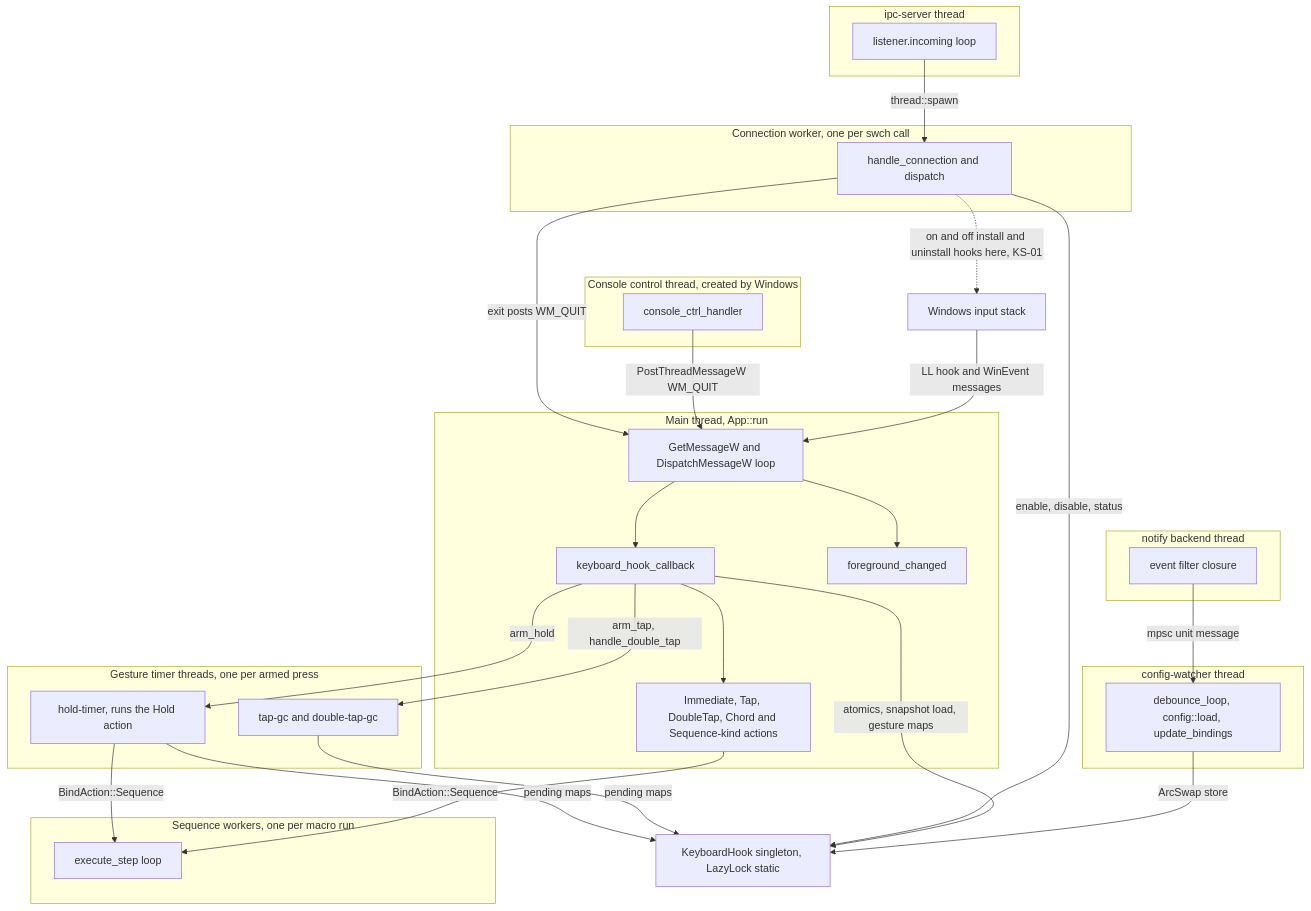
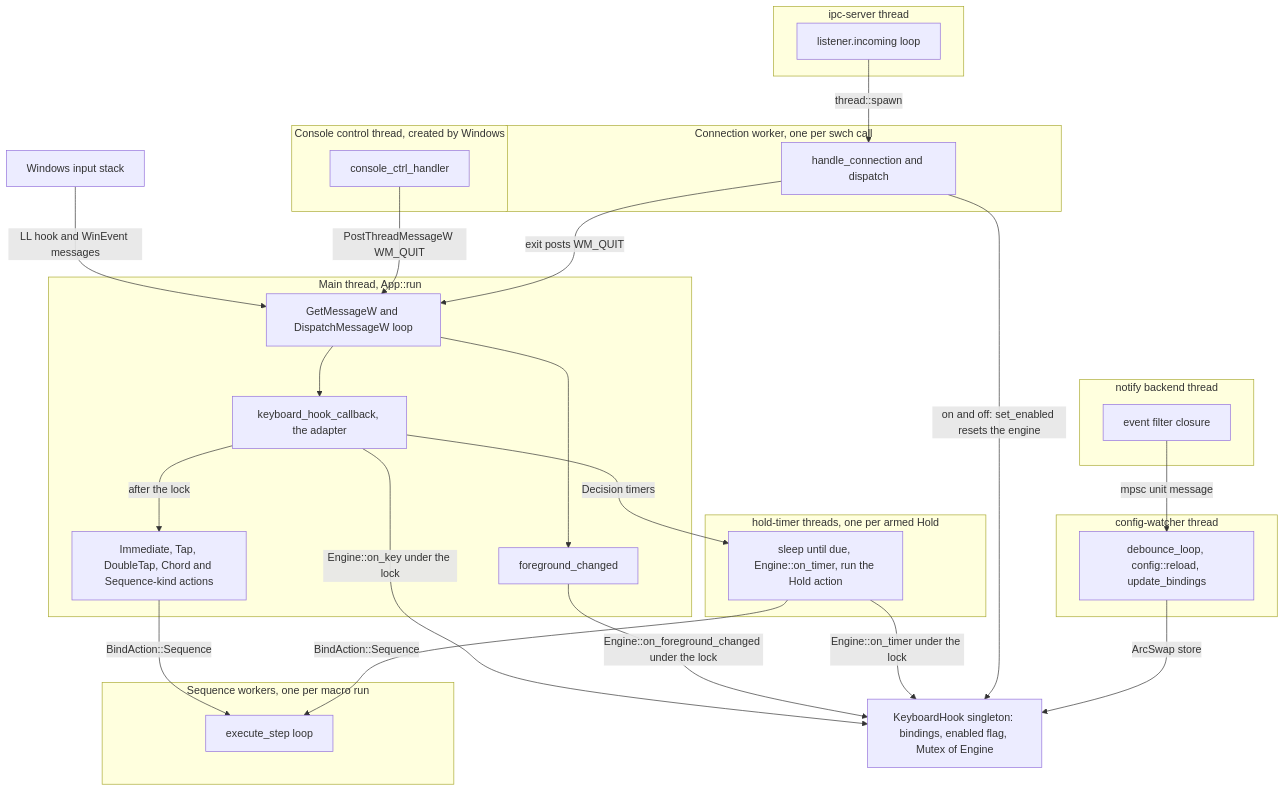
Before and after one commit to bluesteelll/key-switch-rs: the second of 7 diagrams in book/src/architecture.md, drawn with Mermaid. The commit also changed other lines of this file and 19 other files, not shown here.

First line of the commit message:
Book: describe master after roadmap Phase 0 (1dfd80a)

````diff
--- a/book/src/architecture.md
+++ b/book/src/architecture.md
@@ -107,51 +108,48 @@
 ```mermaid
 flowchart TD
     OS["Windows input stack"]
-    HOOK["KeyboardHook singleton, LazyLock static"]
+    HOOK["KeyboardHook singleton: bindings, enabled flag, Mutex of Engine"]
     subgraph MAIN["Main thread, App::run"]
         LOOP["GetMessageW and DispatchMessageW loop"]
-        KCB["keyboard_hook_callback"]
+        KCB["keyboard_hook_callback, the adapter"]
         FG["foreground_changed"]
         ACTS["Immediate, Tap, DoubleTap, Chord and Sequence-kind actions"]
     end
     subgraph CTRL["Console control thread, created by Windows"]
         CCH["console_ctrl_handler"]
     end
     subgraph IPCT["ipc-server thread"]
         ACC["listener.incoming loop"]
     end
     subgraph CONN["Connection worker, one per swch call"]
         DISP["handle_connection and dispatch"]
     end
     subgraph NTF["notify backend thread"]
         FILT["event filter closure"]
     end
     subgraph DEB["config-watcher thread"]
-        DL["debounce_loop, config::load, update_bindings"]
+        DL["debounce_loop, config::reload, update_bindings"]
     end
-    subgraph TMR["Gesture timer threads, one per armed press"]
-        TGC["tap-gc and double-tap-gc"]
-        HT["hold-timer, runs the Hold action"]
+    subgraph TMR["hold-timer threads, one per armed Hold"]
+        HT["sleep until due, Engine::on_timer, run the Hold action"]
     end
     subgraph SQW["Sequence workers, one per macro run"]
         STEPS["execute_step loop"]
     end
     OS -->|"LL hook and WinEvent messages"| LOOP
     LOOP --> KCB
     LOOP --> FG
-    KCB --> ACTS
-    KCB -->|"arm_tap, handle_double_tap"| TGC
-    KCB -->|"arm_hold"| HT
+    KCB -->|"Engine::on_key under the lock"| HOOK
+    FG -->|"Engine::on_foreground_changed under the lock"| HOOK
+    KCB -->|"after the lock"| ACTS
+    KCB -->|"Decision timers"| HT
+    HT -->|"Engine::on_timer under the lock"| HOOK
     ACTS -->|"BindAction::Sequence"| STEPS
     HT -->|"BindAction::Sequence"| STEPS
     CCH -->|"PostThreadMessageW WM_QUIT"| LOOP
     ACC -->|"thread::spawn"| DISP
+    DISP -->|"on and off: set_enabled resets the engine"| HOOK
     DISP -->|"exit posts WM_QUIT"| LOOP
-    DISP -.->|"on and off install and uninstall hooks here, KS-01"| OS
     FILT -->|"mpsc unit message"| DL
     DL -->|"ArcSwap store"| HOOK
-    KCB -->|"atomics, snapshot load, gesture maps"| HOOK
-    DISP -->|"enable, disable, status"| HOOK
-    TGC -->|"pending maps"| HOOK
-    HT -->|"pending maps"| HOOK
 ```
````
